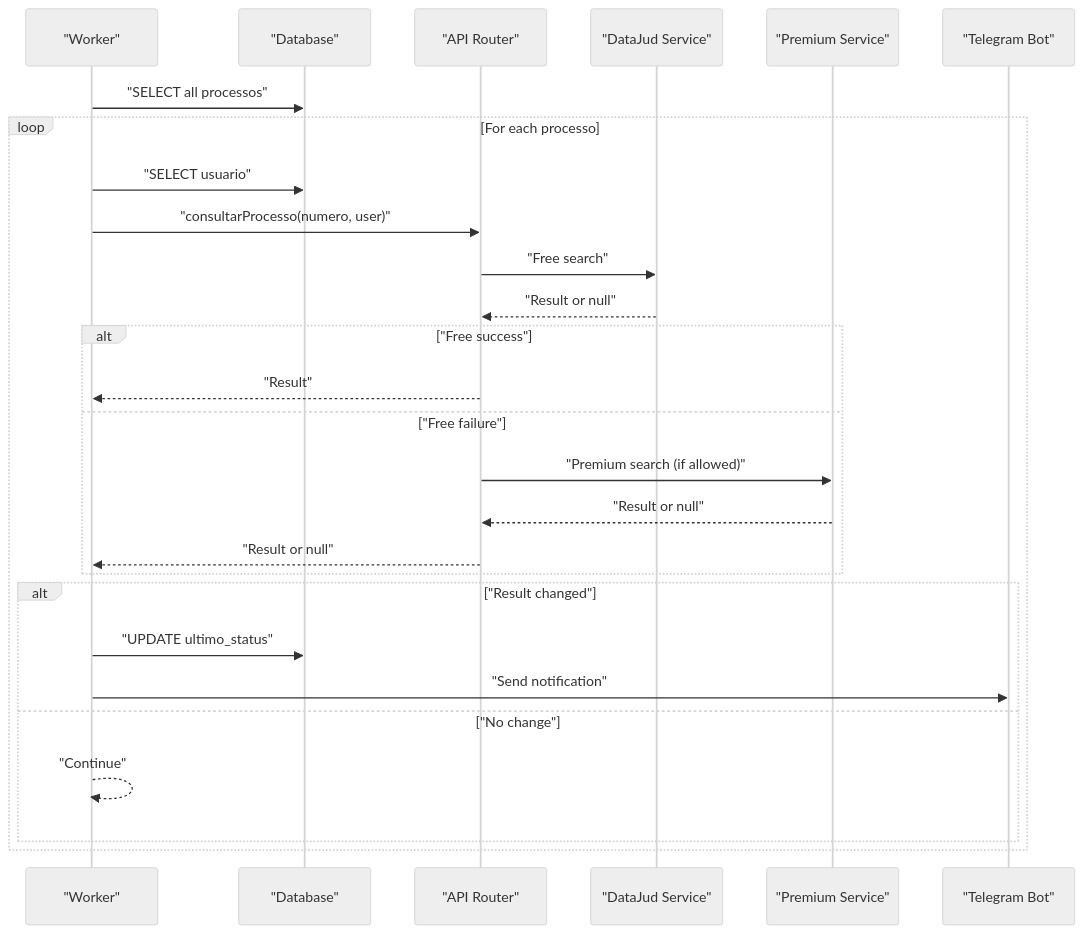
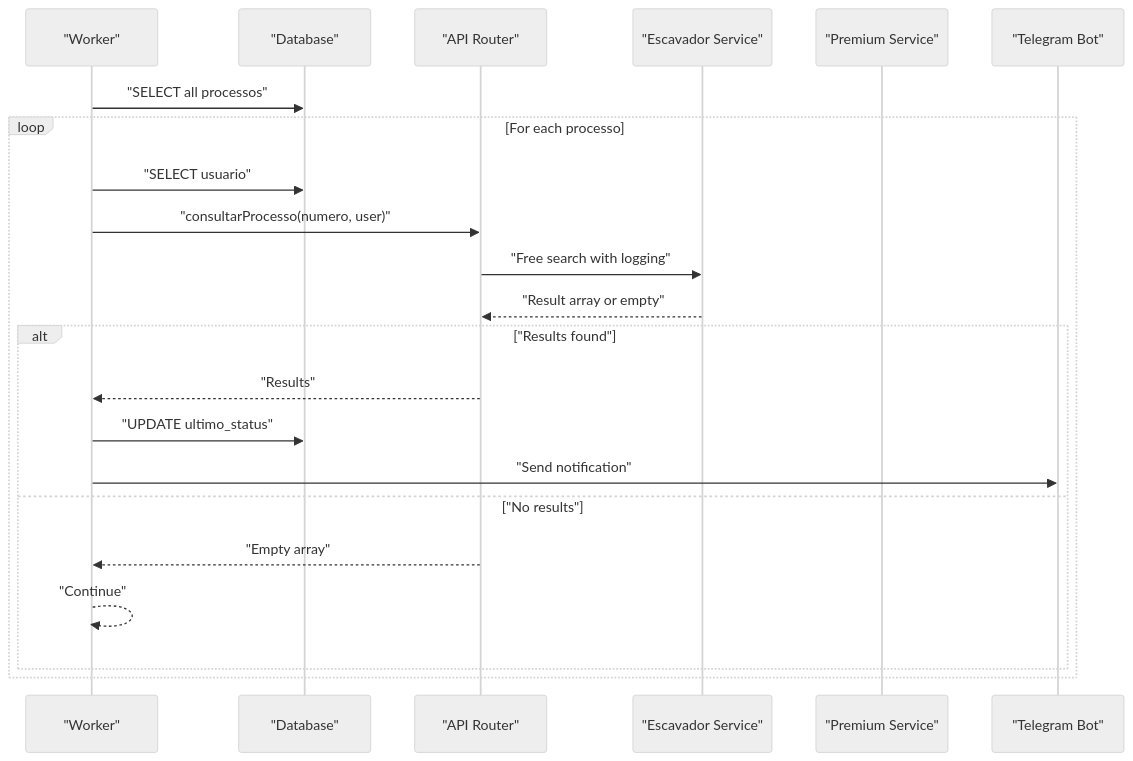
One commit to Alexandrexicara/bot-processos changed the sixth of 10 diagrams in .qoder/repowiki/en/content/API Integration Layer/Fallback and Error Handling.md. Above: the diagram before and after it, drawn with Mermaid (neutral theme). The commit also changed other lines of this file and 5 other files, not shown here.

````diff
--- a/.qoder/repowiki/en/content/API Integration Layer/Fallback and Error Handling.md
+++ b/.qoder/repowiki/en/content/API Integration Layer/Fallback and Error Handling.md
@@ -233,29 +265,24 @@
 ```mermaid
 sequenceDiagram
 participant W as "Worker"
 participant DB as "Database"
 participant AR as "API Router"
-participant DJ as "DataJud Service"
+participant ES as "Escavador Service"
 participant PR as "Premium Service"
 participant T as "Telegram Bot"
 W->>DB : "SELECT all processos"
 loop For each processo
 W->>DB : "SELECT usuario"
 W->>AR : "consultarProcesso(numero, user)"
-AR->>DJ : "Free search"
-DJ-->>AR : "Result or null"
-alt "Free success"
-AR-->>W : "Result"
-else "Free failure"
-AR->>PR : "Premium search (if allowed)"
-PR-->>AR : "Result or null"
-AR-->>W : "Result or null"
-end
-alt "Result changed"
+AR->>ES : "Free search with logging"
+ES-->>AR : "Result array or empty"
+alt "Results found"
+AR-->>W : "Results"
 W->>DB : "UPDATE ultimo_status"
 W->>T : "Send notification"
-else "No change"
+else "No results"
+AR-->>W : "Empty array"
 W-->>W : "Continue"
 end
 end
 ```
````
